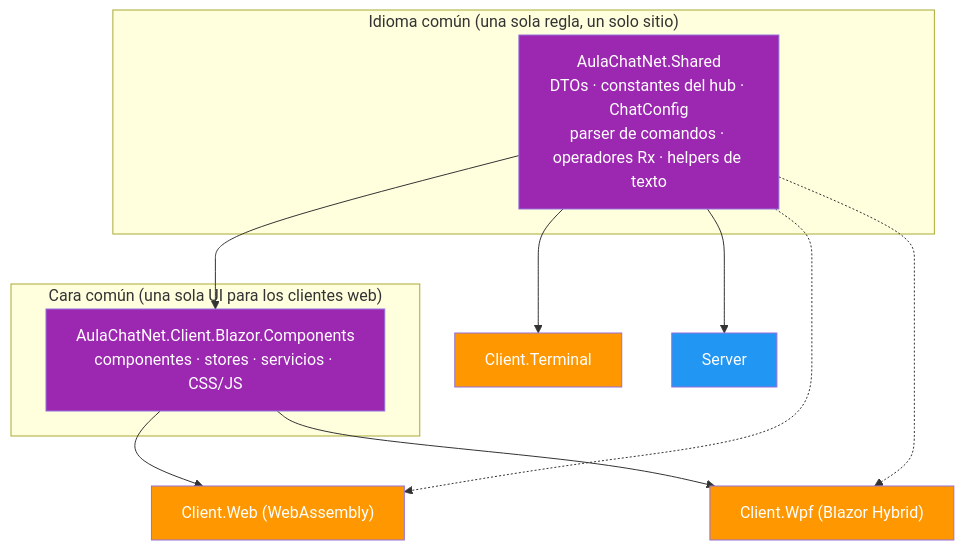
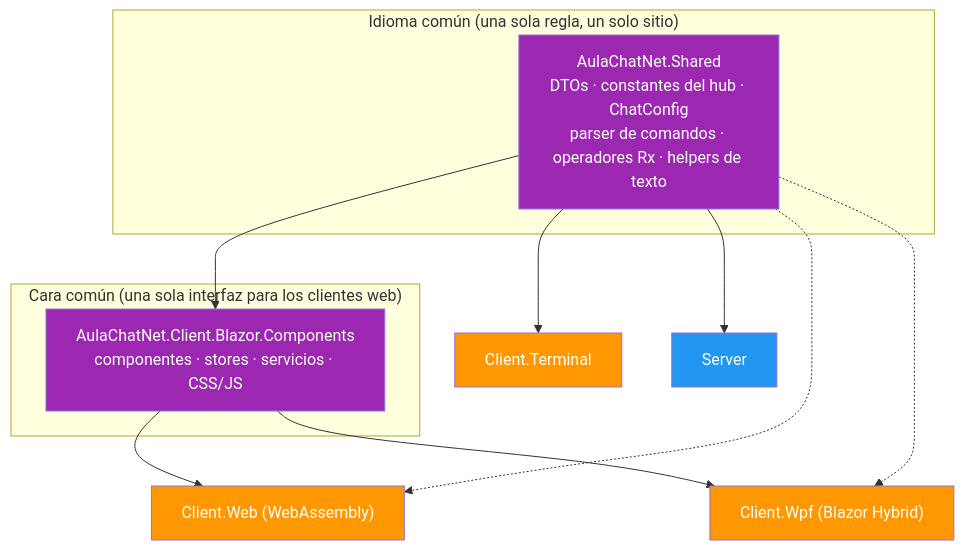
The second of 10 diagrams in docs/01-arquitectura-del-servidor.md (joseluisgs/AulaChatNet), drawn with Mermaid before and after one commit. The commit also changed other lines of this file and 11 other files, not shown here.

````diff
--- a/docs/01-arquitectura-del-servidor.md
+++ b/docs/01-arquitectura-del-servidor.md
@@ -157,25 +157,25 @@
 ```mermaid
 flowchart TD
     subgraph IDIOMA["Idioma común (una sola regla, un solo sitio)"]
         SH["AulaChatNet.Shared<br/>DTOs · constantes del hub · ChatConfig<br/>parser de comandos · operadores Rx · helpers de texto"]
     end
 
-    subgraph CARA["Cara común (una sola UI para los clientes web)"]
+    subgraph CARA["Cara común (una sola interfaz para los clientes web)"]
         RCL["AulaChatNet.Client.Blazor.Components<br/>componentes · stores · servicios · CSS/JS"]
     end
 
     SH --> T["Client.Terminal"]
     SH --> S["Server"]
     SH --> RCL
     RCL --> W["Client.Web (WebAssembly)"]
     RCL --> D["Client.Wpf (Blazor Hybrid)"]
     SH -.-> W
     SH -.-> D
 
     style SH fill:#9C27B0,color:#fff
     style RCL fill:#9C27B0,color:#fff
     style T fill:#FF9800,color:#fff
     style S fill:#2196F3,color:#fff
     style W fill:#FF9800,color:#fff
     style D fill:#FF9800,color:#fff
 ```
````
